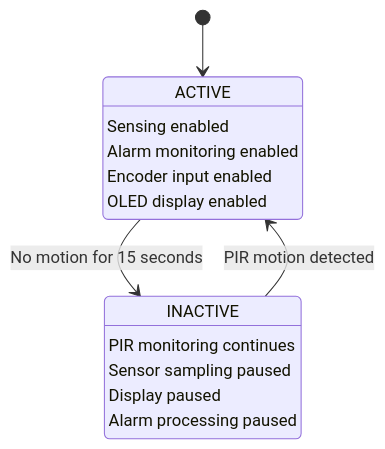
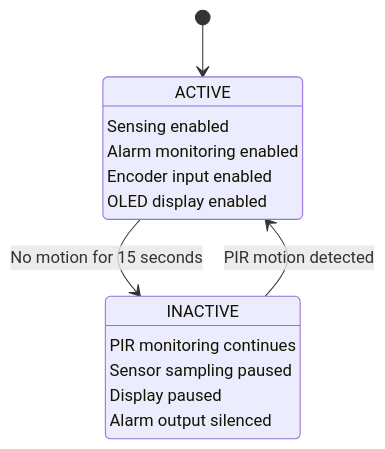
Before and after one commit to johnwieljayme/bca182-freertos-multisensor: the diagram in docs/diagrams/state-machine.mmd, drawn with Mermaid.

Commit message:
Correct state machine alarm behavior

```diff
--- a/docs/diagrams/state-machine.mmd
+++ b/docs/diagrams/state-machine.mmd
@@ -1,20 +1,20 @@
 stateDiagram-v2
 
     [*] --> ACTIVE
 
     state "ACTIVE" as ACTIVE
     state "INACTIVE" as INACTIVE
 
     ACTIVE --> INACTIVE: No motion for 15 seconds
 
     INACTIVE --> ACTIVE: PIR motion detected
 
     ACTIVE: Sensing enabled
     ACTIVE: Alarm monitoring enabled
     ACTIVE: Encoder input enabled
     ACTIVE: OLED display enabled
 
     INACTIVE: PIR monitoring continues
     INACTIVE: Sensor sampling paused
     INACTIVE: Display paused
-    INACTIVE: Alarm processing paused
+    INACTIVE: Alarm output silenced
```
